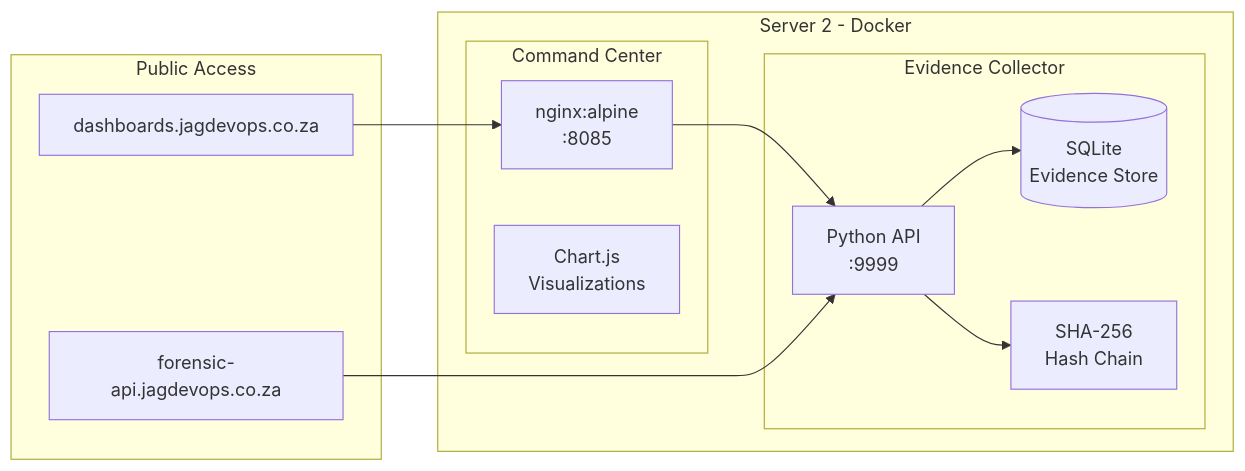
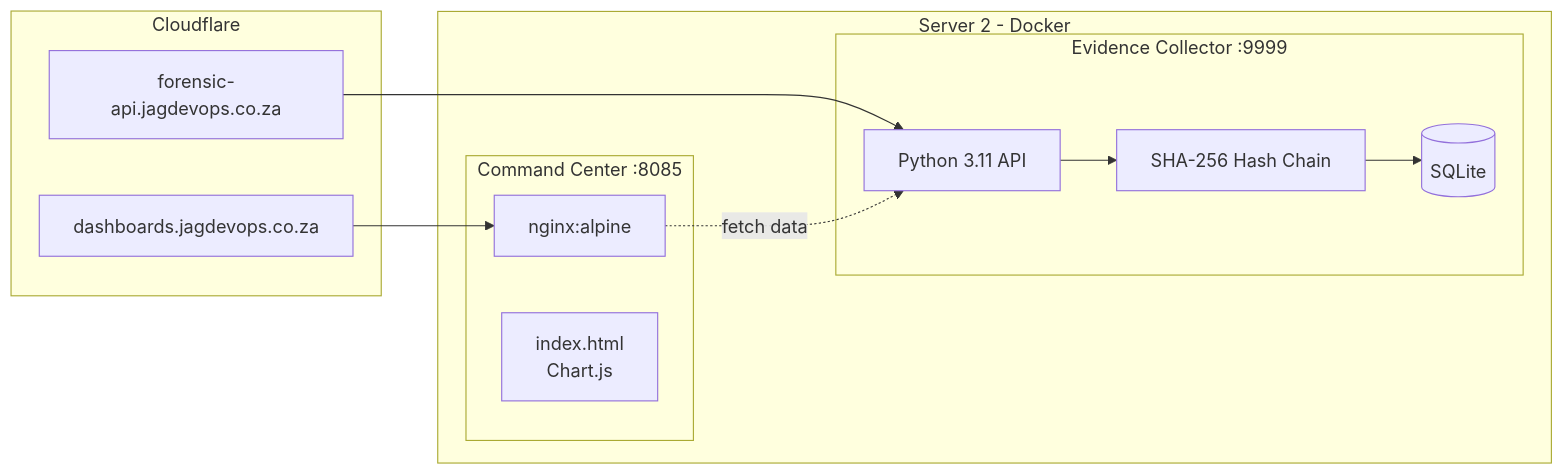
One commit to GABRIELS562/Architecture- changed the fourth of 7 diagrams in README.md. Above: the diagram before and after it, drawn with Mermaid. The commit also changed other lines of this file, not shown here.

First line of the commit message:
Complete architecture rewrite with verified data

````diff
--- a/README.md
+++ b/README.md
@@ -227,27 +234,25 @@
 ```mermaid
 flowchart LR
-    subgraph Server2["Server 2 - Docker"]
-        subgraph Collector["Evidence Collector"]
-            API["Python API<br/>:9999"]
-            DB[("SQLite<br/>Evidence Store")]
-            HASH["SHA-256<br/>Hash Chain"]
-        end
-
-        subgraph Dashboard["Command Center"]
-            NGINX["nginx:alpine<br/>:8085"]
-            CHARTS["Chart.js<br/>Visualizations"]
-        end
-
-        API --> DB
-        API --> HASH
-        NGINX --> API
-    end
-
-    subgraph Cloudflare["Public Access"]
+    subgraph CF["Cloudflare"]
         URL1["dashboards.jagdevops.co.za"]
         URL2["forensic-api.jagdevops.co.za"]
     end
 
+    subgraph S2["Server 2 - Docker"]
+        subgraph Dashboard["Command Center :8085"]
+            NGINX["nginx:alpine"]
+            HTML["index.html<br/>Chart.js"]
+        end
+
+        subgraph Collector["Evidence Collector :9999"]
+            API["Python 3.11 API"]
+            HASH["SHA-256 Hash Chain"]
+            DB[("SQLite")]
+        end
+    end
+
     URL1 --> NGINX
     URL2 --> API
+    NGINX -.->|fetch data| API
+    API --> HASH --> DB
 ```
````
